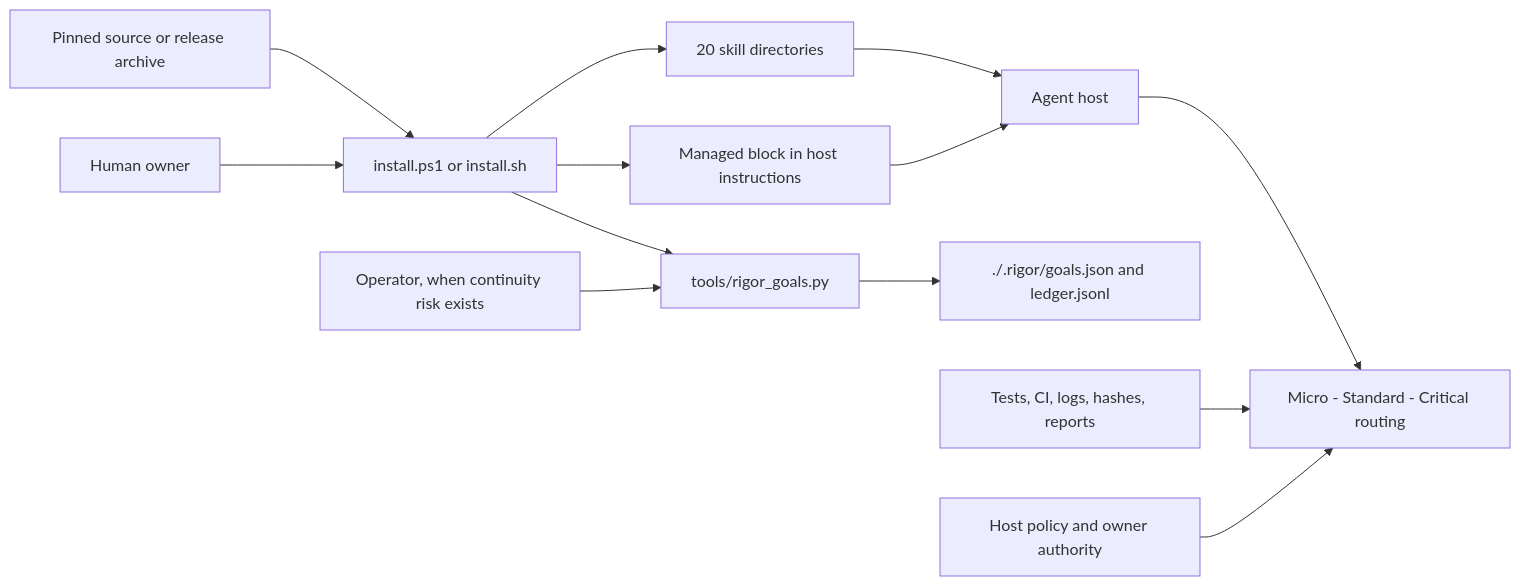
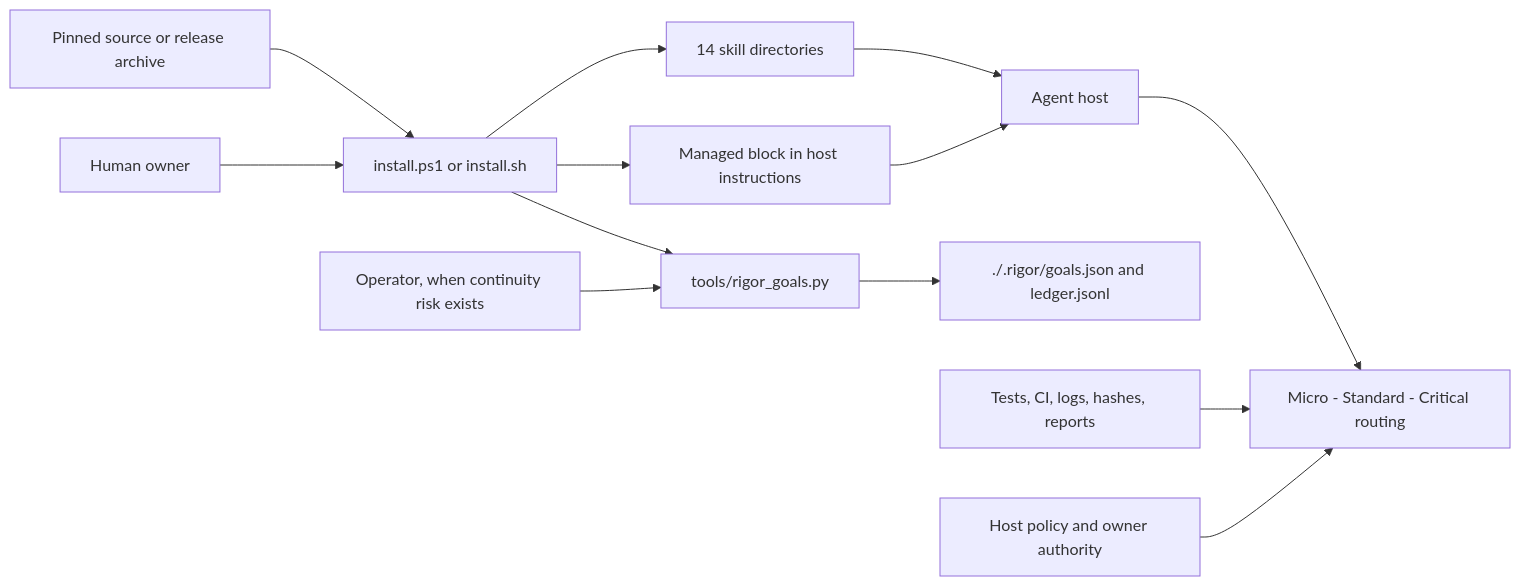
Before and after one commit to scottconverse/dev-rigor-stack-lite: the first of 2 diagrams in docs/architecture.md, drawn with Mermaid. The commit also changed other lines of this file and 24 other files, not shown here.

````diff
--- a/docs/architecture.md
+++ b/docs/architecture.md
@@ -10,15 +10,15 @@
 ```mermaid
 flowchart LR
     Source["Pinned source or release archive"] --> Installer["install.ps1 or install.sh"]
     Owner["Human owner"] --> Installer
-    Installer --> Skills["20 skill directories"]
+    Installer --> Skills["14 skill directories"]
     Installer --> Goals["tools/rigor_goals.py"]
     Installer --> Anchor["Managed block in host instructions"]
     Skills --> Host["Agent host"]
     Anchor --> Host
     Operator["Operator, when continuity risk exists"] --> Goals
     Goals --> State["./.rigor/goals.json and ledger.jsonl"]
     Host --> Gates["Micro - Standard - Critical routing"]
     Evidence["Tests, CI, logs, hashes, reports"] --> Gates
     Policy["Host policy and owner authority"] --> Gates
 ```
````
